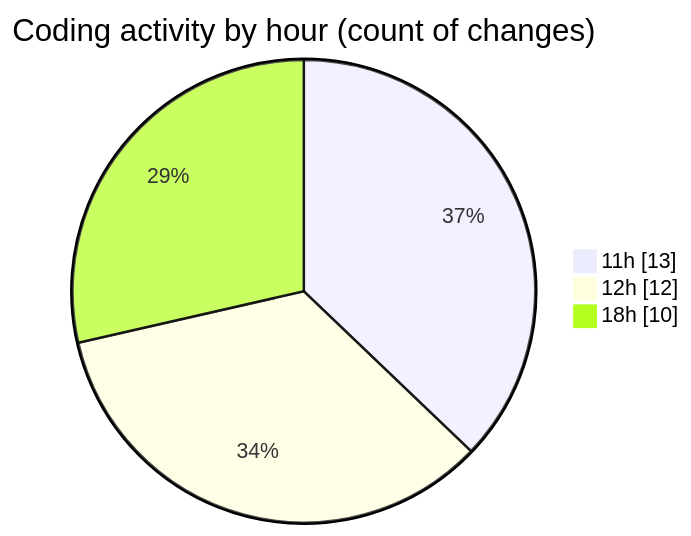
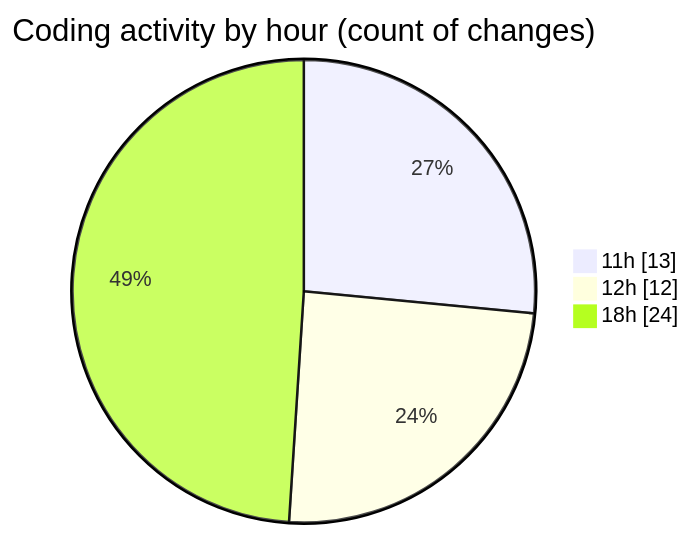
One commit to robertbonfada/code-tracking changed the second of 2 diagrams in 2025-01-25/termonied-web/README.md. Above: the diagram before and after it, drawn with Mermaid. The commit also changed other lines of this file and 1 other file, not shown here.

````diff
--- a/2025-01-25/termonied-web/README.md
+++ b/2025-01-25/termonied-web/README.md
@@ -43,7 +49,7 @@
 ```mermaid
 pie showData
 title Coding activity by hour (count of changes)
 "11h" : 13
 "12h" : 12
-"18h" : 10
+"18h" : 24
 ```
````
